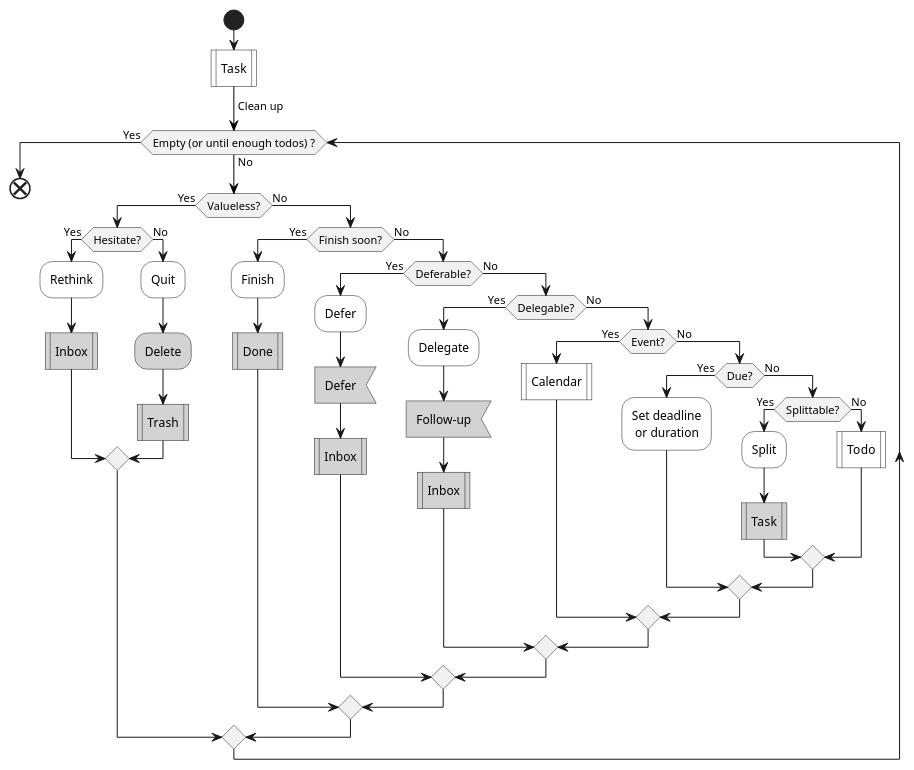
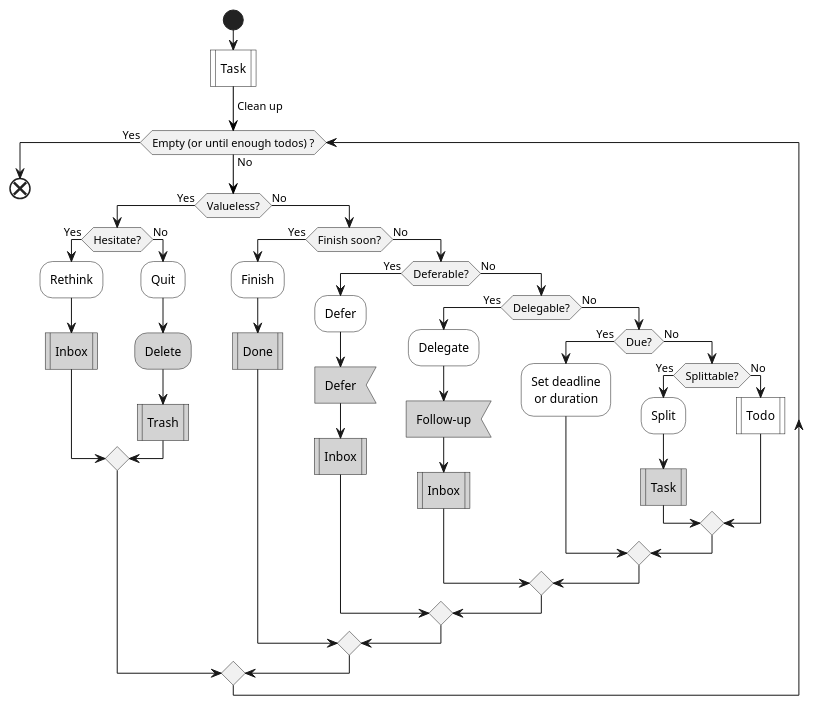
The second of 4 diagrams in lifelogs/rehabilitation.md (IceHe/icehe-lib), drawn with PlantUML before and after one commit. The commit also changed other lines of this file, not shown here.

````diff
--- a/lifelogs/rehabilitation.md
+++ b/lifelogs/rehabilitation.md
@@ -229,54 +232,53 @@
 ```plantuml
 @startuml
 start
 #white:Task|
 -[#black]-> Clean up;
 while (Empty (or until enough todos) ?) is (No)
     if (Valueless?) then (Yes)
         if (Hesitate?) then (Yes)
             #white:Rethink;
             #lightGray:Inbox|
         else (No)
             #white:Quit;
             #lightGray:Delete;
             #lightGray:Trash|
         endif
     else (No)
         if (Finish soon?) then (Yes)
             #white:Finish;
             #lightGray:Done|
         else (No)
             if (Deferable?) then (Yes)
                 #white:Defer;
                 #lightGray:Defer<
                 #lightGray:Inbox|
             else (No)
                 if (Delegable?) then (Yes)
                     #white:Delegate;
                     #lightGray:Follow-up<
                     #lightGray:Inbox|
                 else (No)
-                    if (Event?) then (Yes)
-                        #white:Calendar|
-                        '#white:Events|
-                    else (No)
+                    'if (Event?) then (Yes)
+                    '    #white:Calendar|
+                    'else (No)
                         if (Due?) then (Yes)
                             #white:Set deadline\n or duration;
                         else (No)
                             if (Splittable?) then (Yes)
                                 #white:Split;
                                 'note right : SMART 法则
                                 #lightGray:Task|
                             else (No)
                                 #white:Todo|
                             endif
                         endif
-                    endif
+                    'endif
                 endif
             endif
         endif
     endif
 endwhile (Yes)
 end
 @enduml
 ```
````
